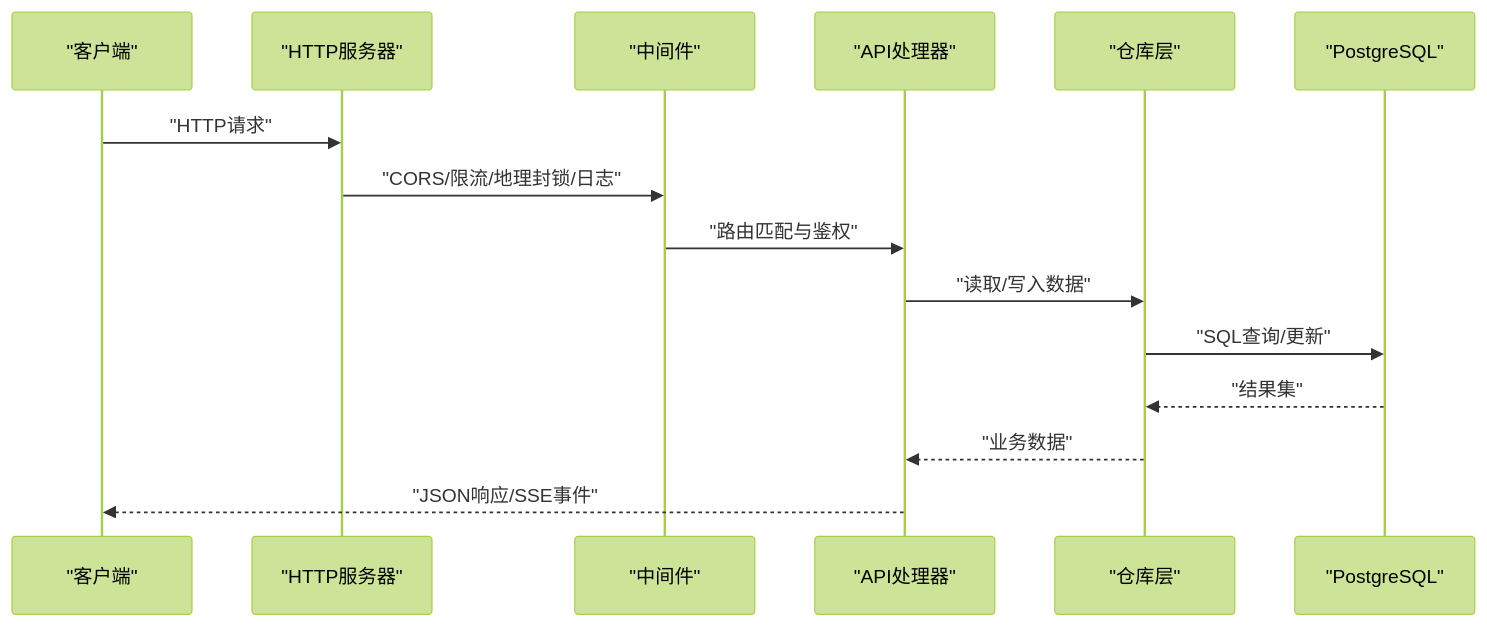
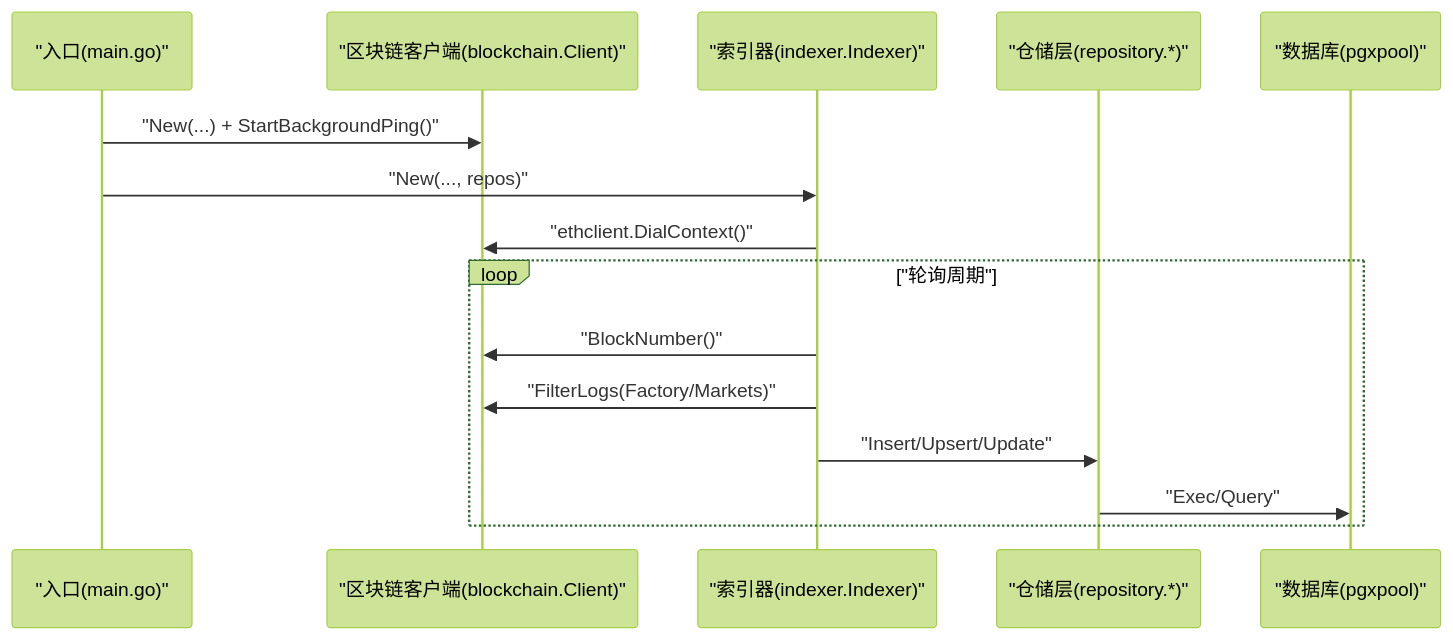
Before and after one commit to SimonHofman/PredictionDIDSimple: the fifth of 9 diagrams in backend/.qoder/repowiki/zh/content/架构设计/架构设计.md, drawn with Mermaid (forest theme). The commit also changed other lines of this file and 162 other files, not shown here.

````diff
--- a/backend/.qoder/repowiki/zh/content/架构设计/架构设计.md
+++ b/backend/.qoder/repowiki/zh/content/架构设计/架构设计.md
@@ -181,17 +258,17 @@
 ```mermaid
 sequenceDiagram
-participant C as "客户端"
-participant S as "HTTP服务器"
-participant MW as "中间件"
-participant H as "API处理器"
-participant R as "仓库层"
-participant D as "PostgreSQL"
-C->>S : "HTTP请求"
-S->>MW : "CORS/限流/地理封锁/日志"
-MW->>H : "路由匹配与鉴权"
-H->>R : "读取/写入数据"
-R->>D : "SQL查询/更新"
-D-->>R : "结果集"
-R-->>H : "业务数据"
-H-->>C : "JSON响应/SSE事件"
+participant Main as "入口(main.go)"
+participant Chain as "区块链客户端(blockchain.Client)"
+participant Idx as "索引器(indexer.Indexer)"
+participant Repo as "仓储层(repository.*)"
+participant DB as "数据库(pgxpool)"
+Main->>Chain : "New(...) + StartBackgroundPing()"
+Main->>Idx : "New(..., repos)"
+Idx->>Chain : "ethclient.DialContext()"
+loop "轮询周期"
+Idx->>Chain : "BlockNumber()"
+Idx->>Chain : "FilterLogs(Factory/Markets)"
+Idx->>Repo : "Insert/Upsert/Update"
+Repo->>DB : "Exec/Query"
+end
 ```
````
